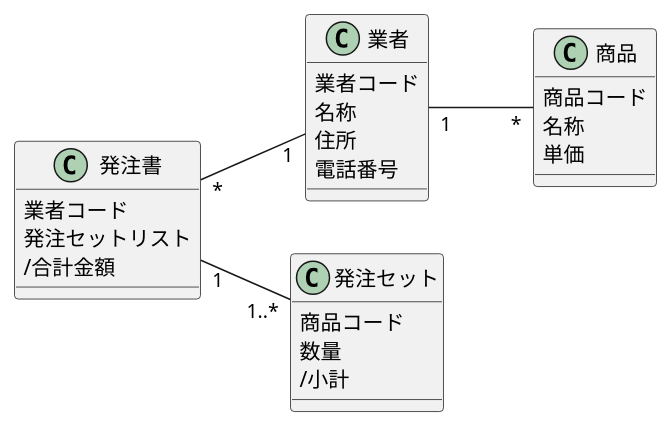
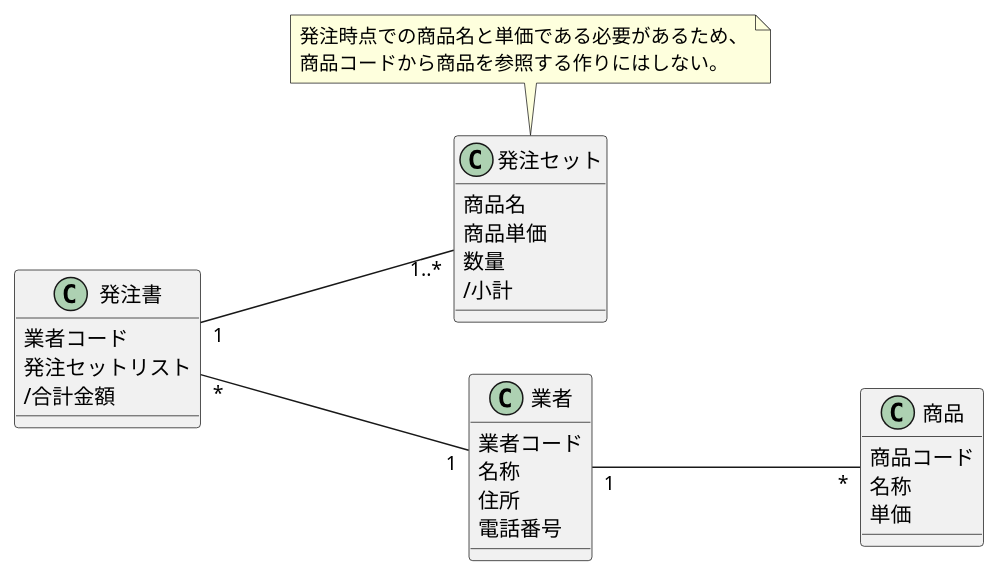
Before and after one commit to YanaPIIDXer/PurchaseOrderSystem: the diagram in docs/Diagrams/Classes.puml, drawn with PlantUML. The commit also changed 1 other file, not shown here.

```diff
--- a/docs/Diagrams/Classes.puml
+++ b/docs/Diagrams/Classes.puml
@@ -1,32 +1,37 @@
 @startuml Classes
 left to right direction
 
 class 業者 {
     業者コード
     名称
     住所
     電話番号
 }
 
 class 商品 {
     商品コード
     名称
     単価
 }
 
 class 発注セット {
-    商品コード
+    商品名
+    商品単価
     数量
     /小計
 }
+note top of 発注セット
+    発注時点での商品名と単価である必要があるため、
+    商品コードから商品を参照する作りにはしない。
+end note
 
 class 発注書 {
     業者コード
     発注セットリスト
     /合計金額
 }
 
 業者 "1" -- "*" 商品
 発注書 "1" -- "1..*" 発注セット
 発注書 "*" -- "1" 業者
 @end
```
